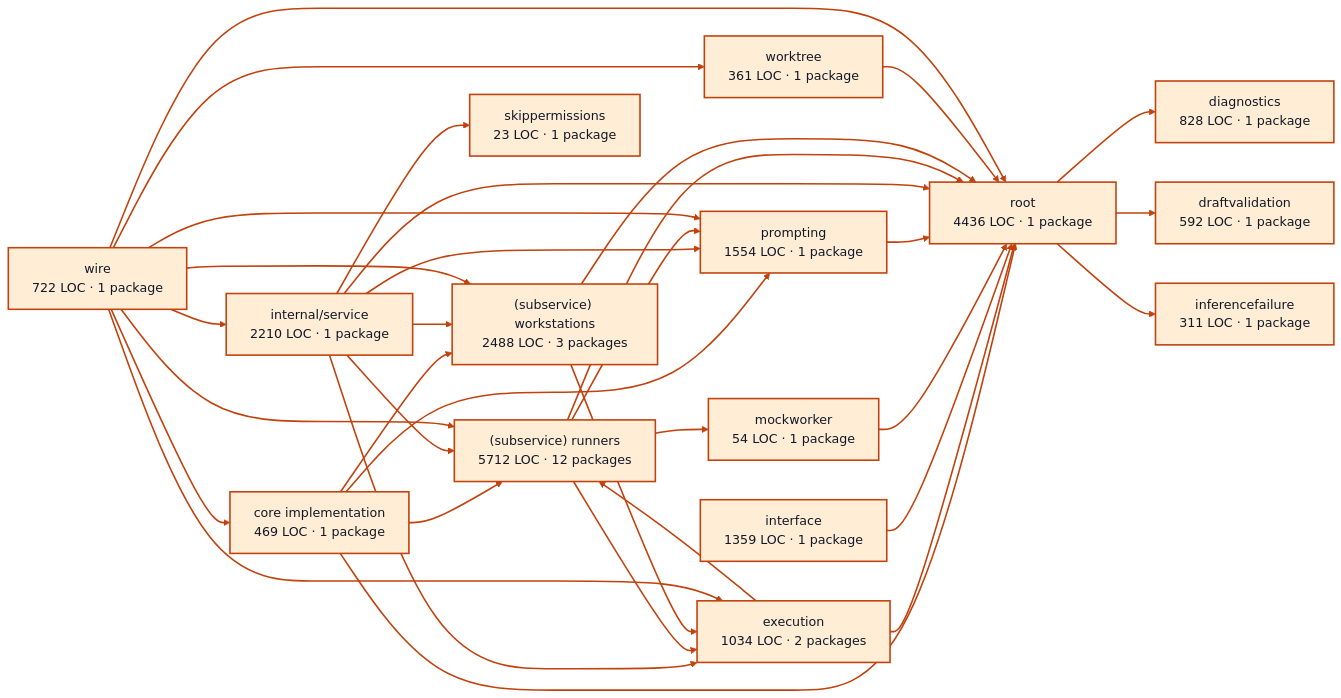
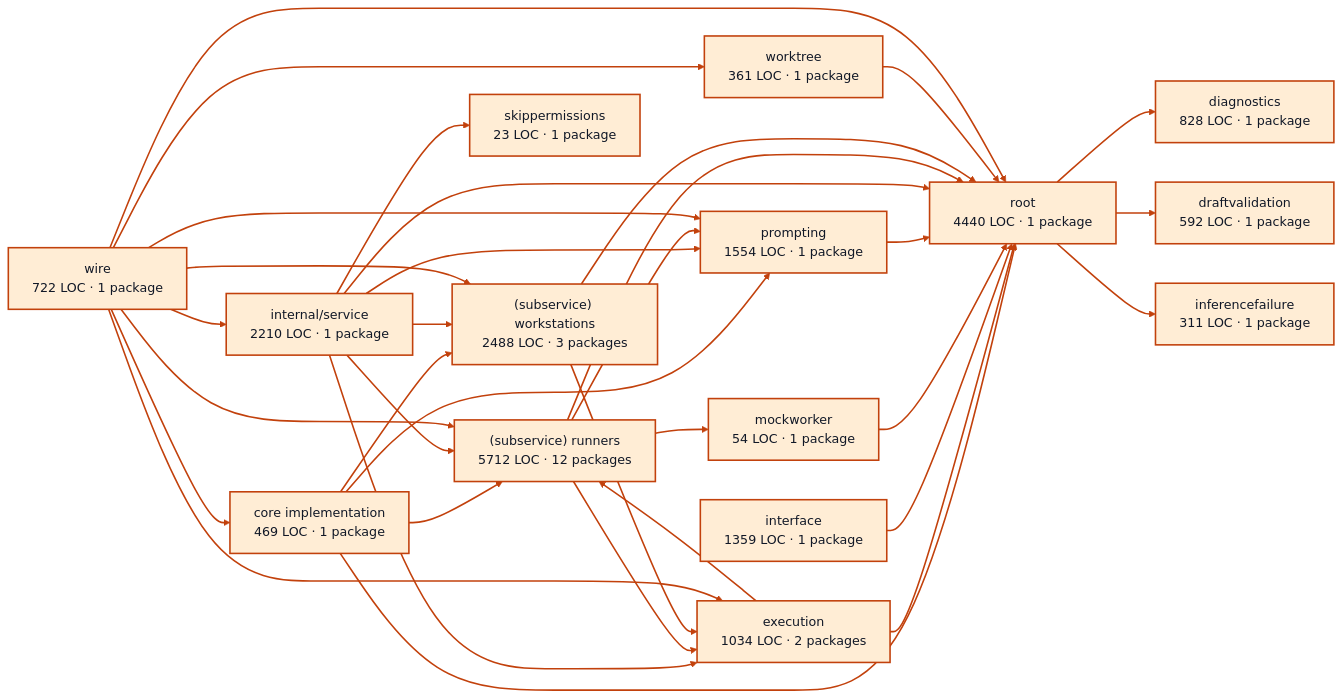
The diagram in docs/architecture/visualizations/services/workers.md (portpowered/you-agent-factory), drawn with Mermaid before and after one commit. The commit also changed other lines of this file and 20 other files, not shown here.

Commit message:
docs: refresh backend architecture visualizations

````diff
--- a/docs/architecture/visualizations/services/workers.md
+++ b/docs/architecture/visualizations/services/workers.md
@@ -11,67 +11,67 @@
 ```mermaid
 flowchart LR
   p0["core implementation<br/>469 LOC · 1 package"]
   p1["diagnostics<br/>828 LOC · 1 package"]
   p2["draftvalidation<br/>592 LOC · 1 package"]
   p3["execution<br/>1034 LOC · 2 packages"]
   p4["inferencefailure<br/>311 LOC · 1 package"]
   p5["interface<br/>1359 LOC · 1 package"]
   p6["mockworker<br/>54 LOC · 1 package"]
   p7["prompting<br/>1554 LOC · 1 package"]
   p8["internal/service<br/>2210 LOC · 1 package"]
   p9["(subservice) runners<br/>5712 LOC · 12 packages"]
   p10["(subservice) workstations<br/>2488 LOC · 3 packages"]
   p11["skippermissions<br/>23 LOC · 1 package"]
   p12["worktree<br/>361 LOC · 1 package"]
-  p13["root<br/>4436 LOC · 1 package"]
+  p13["root<br/>4440 LOC · 1 package"]
   p14["wire<br/>722 LOC · 1 package"]
   p0 --> p7
   p0 --> p9
   p0 --> p10
   p0 --> p13
   p3 --> p9
   p3 --> p13
   p5 --> p13
   p6 --> p13
   p7 --> p13
   p8 --> p3
   p8 --> p7
   p8 --> p9
   p8 --> p10
   p8 --> p11
   p8 --> p13
   p9 --> p3
   p9 --> p6
   p9 --> p7
   p9 --> p13
   p10 --> p3
   p10 --> p13
   p12 --> p13
   p13 --> p1
   p13 --> p2
   p13 --> p4
   p14 --> p0
   p14 --> p3
   p14 --> p7
   p14 --> p8
   p14 --> p9
   p14 --> p10
   p14 --> p12
   p14 --> p13
   style p0 fill:#ffedd5,stroke:#c2410c,stroke-width:2px,color:#111827
   style p1 fill:#ffedd5,stroke:#c2410c,stroke-width:2px,color:#111827
   style p2 fill:#ffedd5,stroke:#c2410c,stroke-width:2px,color:#111827
   style p3 fill:#ffedd5,stroke:#c2410c,stroke-width:2px,color:#111827
   style p4 fill:#ffedd5,stroke:#c2410c,stroke-width:2px,color:#111827
   style p5 fill:#ffedd5,stroke:#c2410c,stroke-width:2px,color:#111827
   style p6 fill:#ffedd5,stroke:#c2410c,stroke-width:2px,color:#111827
   style p7 fill:#ffedd5,stroke:#c2410c,stroke-width:2px,color:#111827
   style p8 fill:#ffedd5,stroke:#c2410c,stroke-width:2px,color:#111827
   style p9 fill:#ffedd5,stroke:#c2410c,stroke-width:2px,color:#111827
   style p10 fill:#ffedd5,stroke:#c2410c,stroke-width:2px,color:#111827
   style p11 fill:#ffedd5,stroke:#c2410c,stroke-width:2px,color:#111827
   style p12 fill:#ffedd5,stroke:#c2410c,stroke-width:2px,color:#111827
   style p13 fill:#ffedd5,stroke:#c2410c,stroke-width:2px,color:#111827
   style p14 fill:#ffedd5,stroke:#c2410c,stroke-width:2px,color:#111827
   linkStyle default stroke:#c2410c,stroke-width:2px
 ```
````
